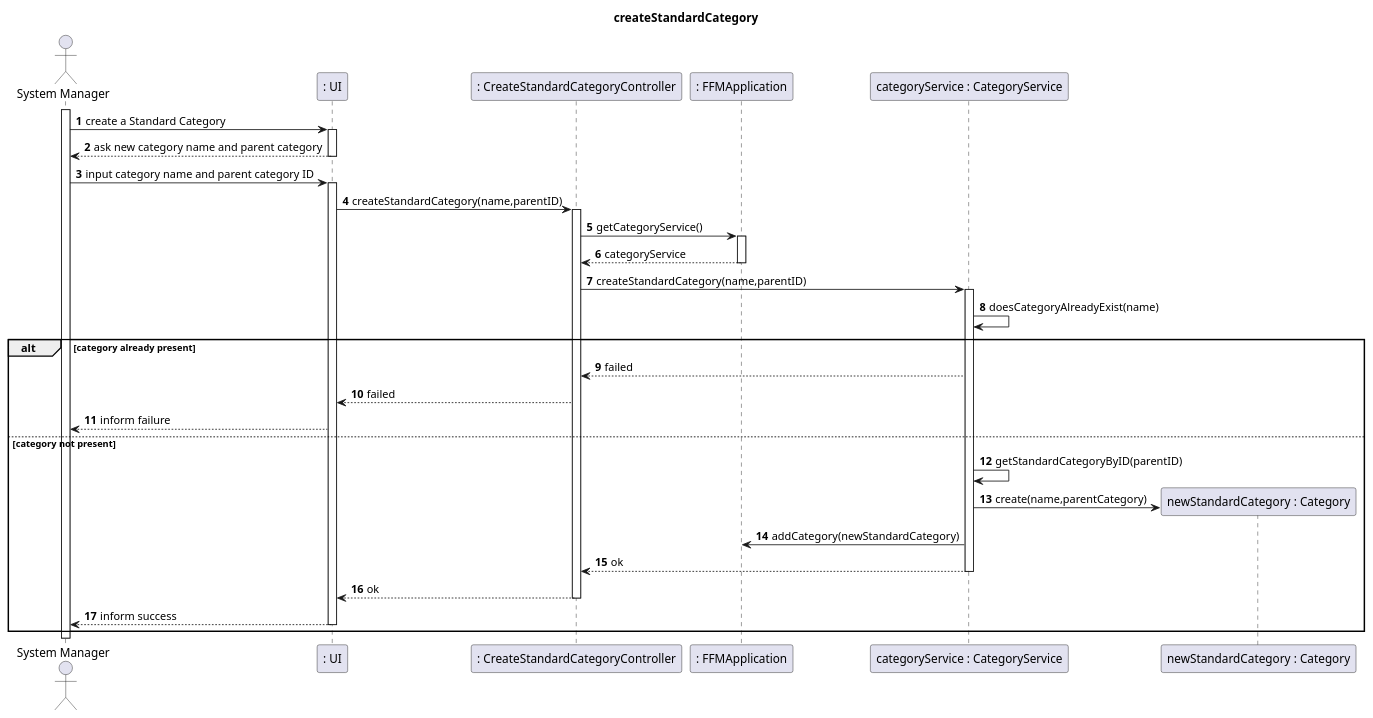
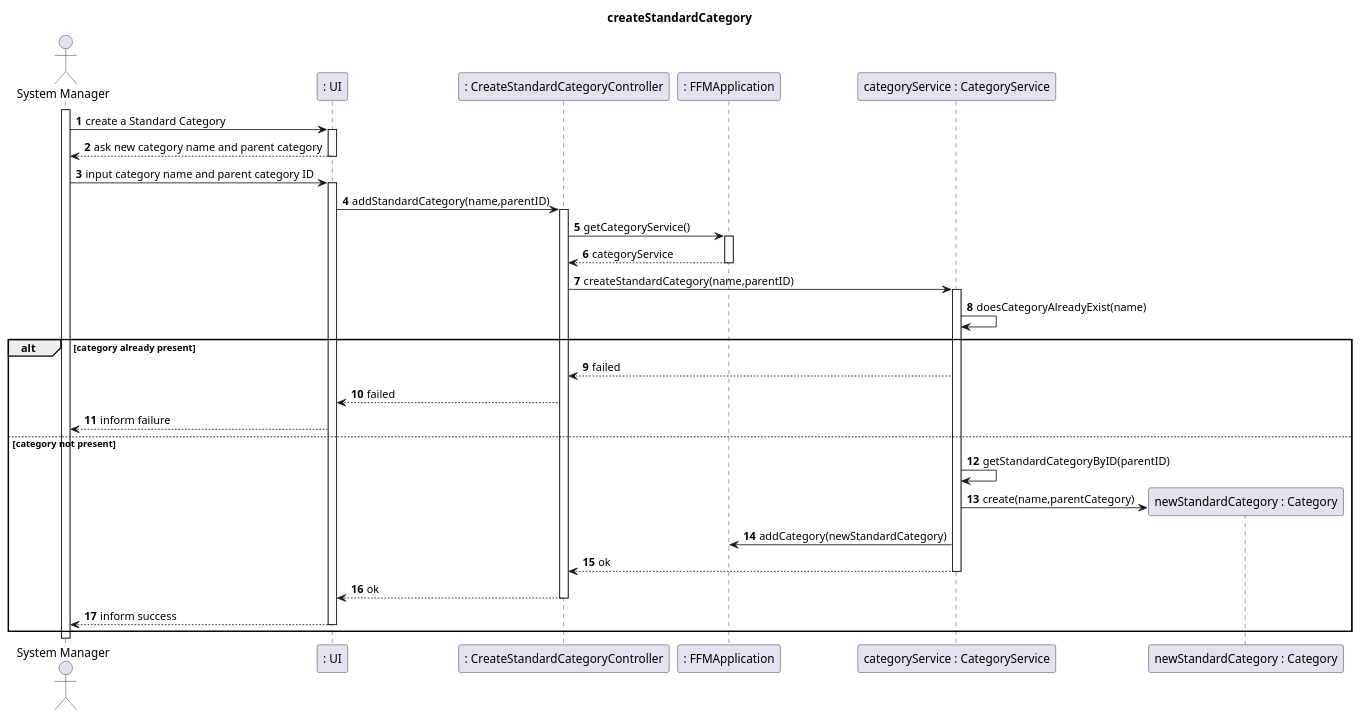
One commit to tomas-osswald/switch_2020_g3 changed the second of 3 diagrams in docs/sprint1/user_stories/US001_CreateStandardCategory.md. Above: the diagram before and after it, drawn with PlantUML. The commit also changed other lines of this file and 1 other file, not shown here.

Commit message:
minor corrections to documentation

`````diff
--- a/docs/sprint1/user_stories/US001_CreateStandardCategory.md
+++ b/docs/sprint1/user_stories/US001_CreateStandardCategory.md
@@ -54,50 +54,50 @@
 ```` puml
 
    autonumber
    title createStandardCategory
    actor "System Manager" as systemManager
    participant ": UI" as UI
    participant ": CreateStandardCategoryController" as controller
    participant ": FFMApplication" as application
    participant "categoryService : CategoryService" as catServ
    participant "newStandardCategory : Category" as category
    
    activate systemManager
    systemManager -> UI: create a Standard Category
    activate UI
    UI --> systemManager: ask new category name and parent category
    deactivate UI
    systemManager -> UI: input category name and parent category ID
    activate UI
-   UI -> controller: createStandardCategory(name,parentID)
+   UI -> controller: addStandardCategory(name,parentID)
    activate controller
    controller -> application: getCategoryService()
    activate application
    application --> controller: categoryService
    deactivate application
    controller -> catServ: createStandardCategory(name,parentID)
    activate catServ
    catServ -> catServ: doesCategoryAlreadyExist(name)
    
    alt category already present
    catServ --> controller: failed
    controller --> UI: failed
    UI --> systemManager: inform failure
    
    else category not present
 
    catServ -> catServ: getStandardCategoryByID(parentID)
 
    catServ -> category **: create(name,parentCategory)
    catServ -> application: addCategory(newStandardCategory)
    catServ --> controller: ok
    deactivate catServ
    controller --> UI: ok
    deactivate controller
    UI --> systemManager: inform success
    deactivate UI
    
    end
 
 @endpuml
 ````
`````
